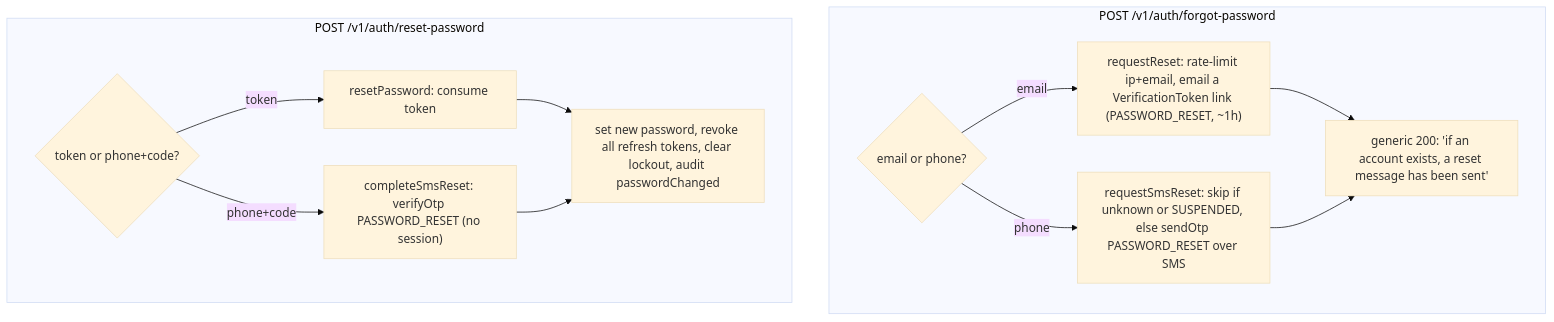
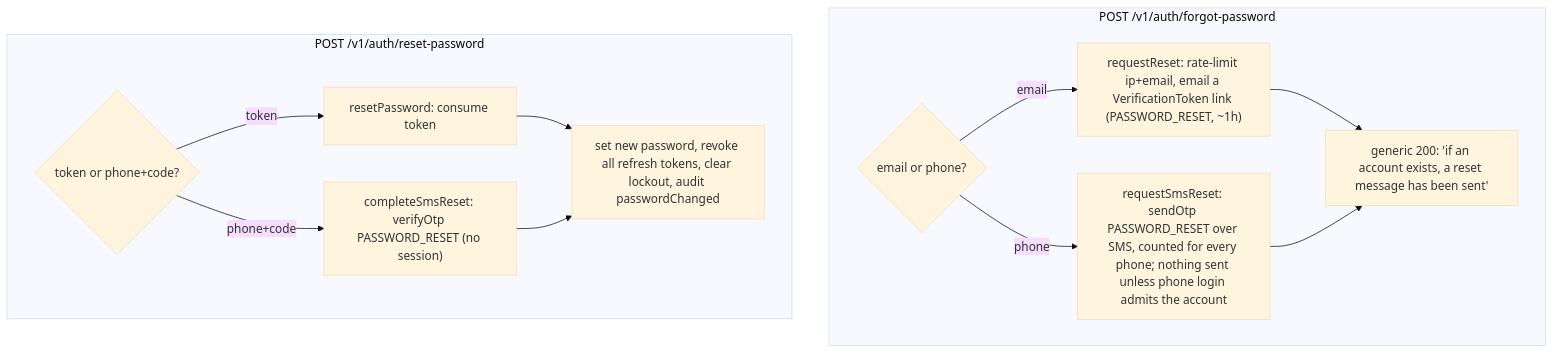
Before and after one commit to cropdoor/cropdoor-almanac: the second of 2 diagrams in docs/auth/otp-and-password-recovery.md, drawn with Mermaid (base theme). The commit also changed other lines of this file and 2 other files, not shown here.

First line of the commit message:
auth: the anonymous phone doors (#391): MFA has its own OTP purpose and limits; every phone is answered alike; a wrong code counts and the sixth kills it; SMS sign-in ignores the password lock

````diff
--- a/docs/auth/otp-and-password-recovery.md
+++ b/docs/auth/otp-and-password-recovery.md
@@ -108,17 +121,17 @@
 ```mermaid
 flowchart TD
     subgraph forgot["POST /v1/auth/forgot-password"]
         FA{"email or phone?"}
         FA -->|email| FB["requestReset: rate-limit ip+email, email a VerificationToken link (PASSWORD_RESET, ~1h)"]
-        FA -->|phone| FC["requestSmsReset: skip if unknown or SUSPENDED, else sendOtp PASSWORD_RESET over SMS"]
+        FA -->|phone| FC["requestSmsReset: sendOtp PASSWORD_RESET over SMS, counted for every phone; nothing sent unless phone login admits the account"]
         FB --> FZ["generic 200: 'if an account exists, a reset message has been sent'"]
         FC --> FZ
     end
     subgraph reset["POST /v1/auth/reset-password"]
         RA{"token or phone+code?"}
         RA -->|token| RB["resetPassword: consume token"]
         RA -->|phone+code| RC["completeSmsReset: verifyOtp PASSWORD_RESET (no session)"]
         RB --> RZ["set new password, revoke all refresh tokens, clear lockout, audit passwordChanged"]
         RC --> RZ
     end
 ```
````
